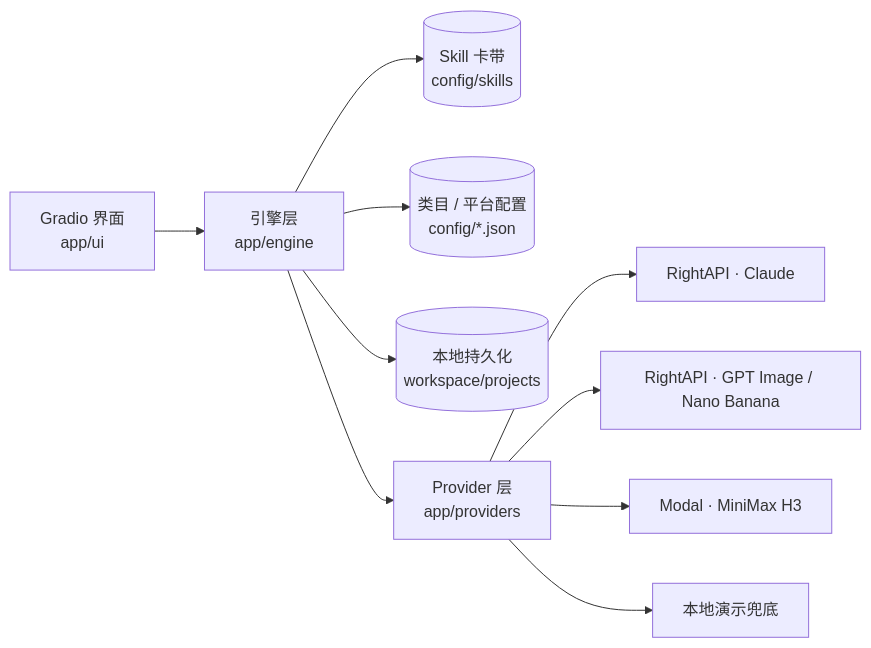
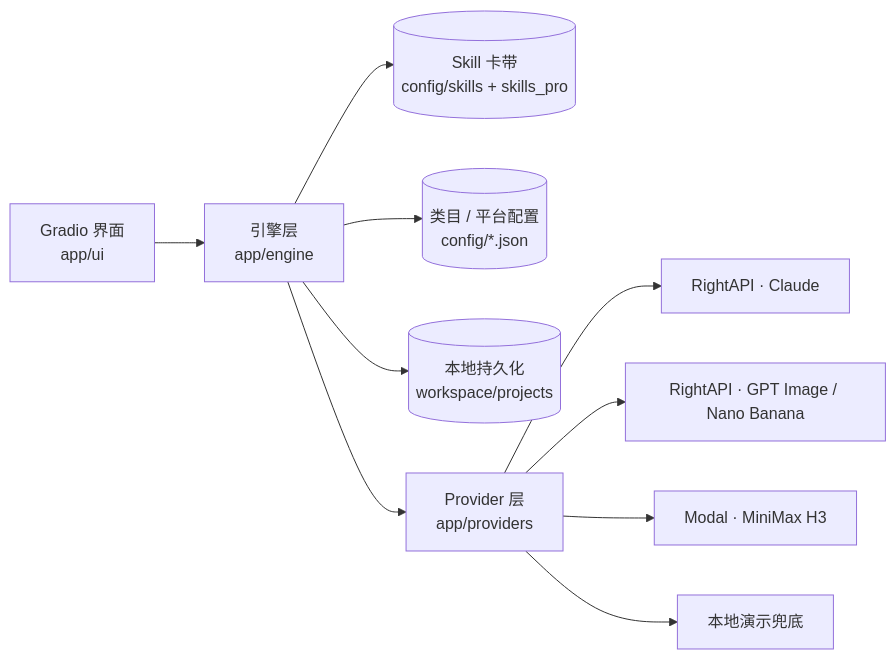
Before and after one commit to tuolin2013/laotuo-ai-studio: the second of 2 diagrams in README.md, drawn with Mermaid. The commit also changed other lines of this file and 10 other files, not shown here.

First line of the commit message:
docs(commercial): add Open-Core commercialization README, Pro skill loader support and license

````diff
--- a/README.md
+++ b/README.md
@@ -230,12 +357,12 @@
 ```mermaid
 flowchart LR
     UI["Gradio 界面<br/>app/ui"] --> Engine["引擎层<br/>app/engine"]
-    Engine --> Skills[("Skill 卡带<br/>config/skills")]
+    Engine --> Skills[("Skill 卡带<br/>config/skills + skills_pro")]
     Engine --> Config[("类目 / 平台配置<br/>config/*.json")]
     Engine --> Store[("本地持久化<br/>workspace/projects")]
     Engine --> Providers["Provider 层<br/>app/providers"]
     Providers --> LLM["RightAPI · Claude"]
     Providers --> IMG["RightAPI · GPT Image / Nano Banana"]
     Providers --> H3["Modal · MiniMax H3"]
     Providers --> Demo["本地演示兜底"]
 ```
````
